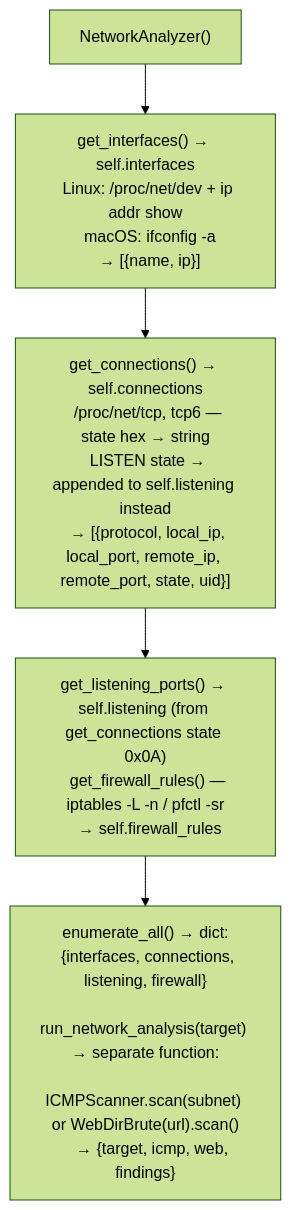
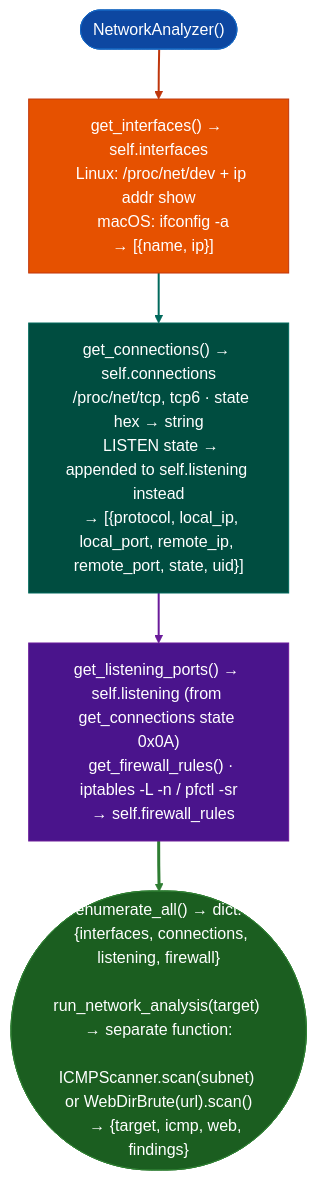
Before and after one commit to Ablation-Tool/ablation: the diagram in docs/reference-modules/local-network-inventory.md, drawn with Mermaid (forest theme). The commit also changed 320 other files, not shown here.

First line of the commit message:
docs: apply canonical Mermaid template to all 321 diagrams

````diff
--- a/docs/reference-modules/local-network-inventory.md
+++ b/docs/reference-modules/local-network-inventory.md
@@ -19,7 +19,17 @@
 ```mermaid
 flowchart TD
-    A["NetworkAnalyzer()"] --> B["get_interfaces() → self.interfaces\n  Linux: /proc/net/dev + ip addr show\n  macOS: ifconfig -a\n  → [{name, ip}]"]
-    B --> C["get_connections() → self.connections\n  /proc/net/tcp, tcp6 — state hex → string\n  LISTEN state → appended to self.listening instead\n  → [{protocol, local_ip, local_port, remote_ip, remote_port, state, uid}]"]
-    C --> D["get_listening_ports() → self.listening (from get_connections state 0x0A)\n  get_firewall_rules() — iptables -L -n / pfctl -sr\n  → self.firewall_rules"]
-    D --> E["enumerate_all() → dict:\n  {interfaces, connections, listening, firewall}\n  run_network_analysis(target) → separate function:\n    ICMPScanner.scan(subnet) or WebDirBrute(url).scan()\n    → {target, icmp, web, findings}"]
+    A(["NetworkAnalyzer()"]):::input --> B["get_interfaces() → self.interfaces\n  Linux: /proc/net/dev + ip addr show\n  macOS: ifconfig -a\n  → [{name, ip}]"]:::primary
+    B:::primary --> C["get_connections() → self.connections\n  /proc/net/tcp, tcp6 · state hex → string\n  LISTEN state → appended to self.listening instead\n  → [{protocol, local_ip, local_port, remote_ip, remote_port, state, uid}]"]:::secondary
+    C:::secondary --> D["get_listening_ports() → self.listening (from get_connections state 0x0A)\n  get_firewall_rules() · iptables -L -n / pfctl -sr\n  → self.firewall_rules"]:::tertiary
+    D:::tertiary --> E(["enumerate_all() → dict:\n  {interfaces, connections, listening, firewall}\n  run_network_analysis(target) → separate function:\n    ICMPScanner.scan(subnet) or WebDirBrute(url).scan()\n    → {target, icmp, web, findings}"]):::output
+    classDef input     fill:#0d47a1,stroke:#1565c0,color:#fff
+    classDef primary   fill:#e65100,stroke:#bf360c,color:#fff
+    classDef secondary fill:#004d40,stroke:#00695c,color:#fff
+    classDef tertiary  fill:#4a148c,stroke:#6a1b9a,color:#fff
+    classDef neutral   fill:#37474f,stroke:#546e7a,color:#fff
+    classDef output    fill:#1b5e20,stroke:#2e7d32,color:#fff
+    linkStyle 0 stroke:#bf360c,stroke-width:2px
+    linkStyle 1 stroke:#00695c,stroke-width:2px
+    linkStyle 2 stroke:#6a1b9a,stroke-width:2px
+    linkStyle 3 stroke:#2e7d32,stroke-width:3px
 ```
````
